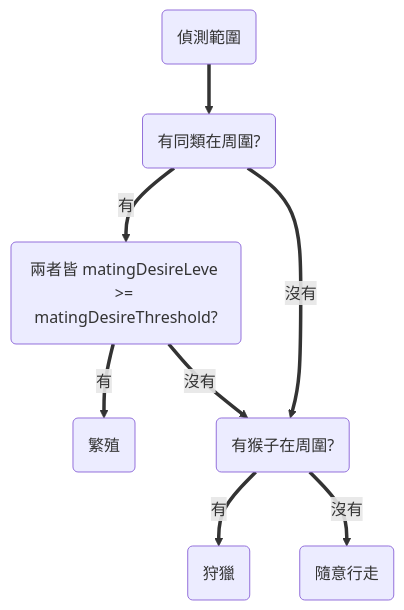
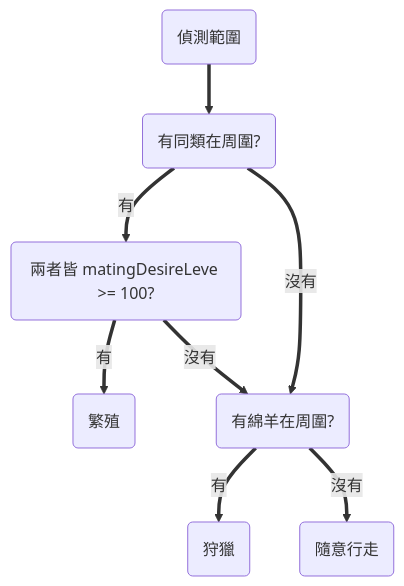
One commit to DeVEy1107/Ecosystem-simulation changed the tenth of 10 diagrams in README.md. Above: the diagram before and after it, drawn with Mermaid. The commit also changed other lines of this file and 6 other files, not shown here.

````diff
--- a/README.md
+++ b/README.md
@@ -133,15 +293,15 @@
   ```mermaid
   flowchart TD
   t1(偵測範圍) 
 
   t1 ==> cond2(有同類在周圍?)
 
-  cond2 ==有==> cond3(兩者皆 matingDesireLeve >= matingDesireThreshold?)
+  cond2 ==有==> cond3(兩者皆 matingDesireLeve >= 100?)
   cond3 ==有==> r2(繁殖)
-  cond3 ==沒有==> cond4(有猴子在周圍?)
+  cond3 ==沒有==> cond4(有綿羊在周圍?)
 
   cond4 ==有==> r3(狩獵)
   cond4 ==沒有==> r4(隨意行走)
 
   cond2 ==沒有==> cond4
   ```
````
